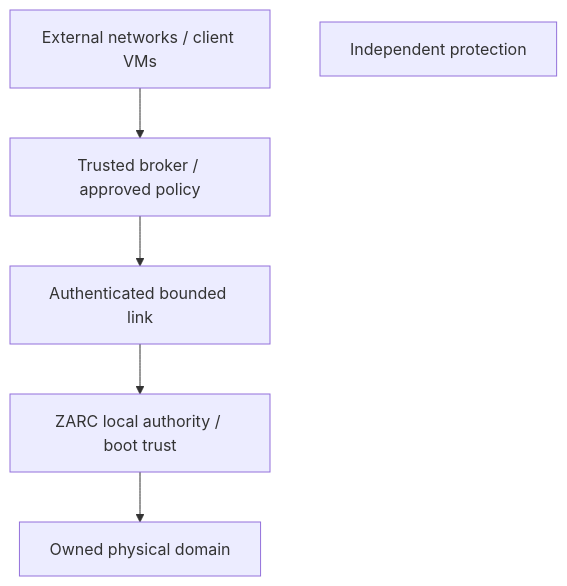
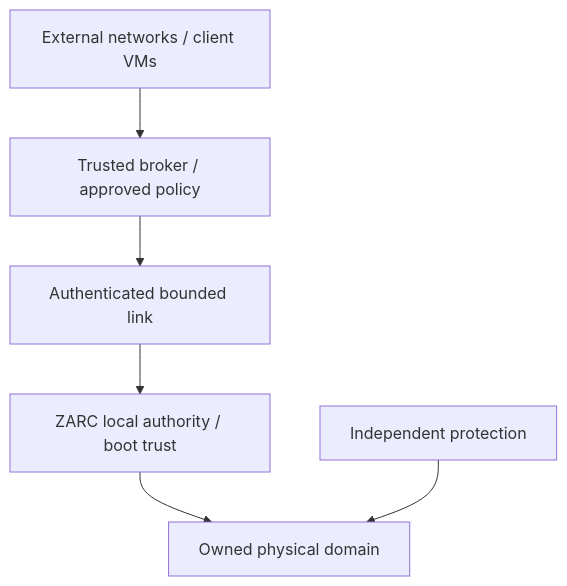
Before and after one commit to susmithmrm/ZARC: diagram 17 of 22 in docs/architecture/diagrams/README.md, drawn with Mermaid. The commit also changed other lines of this file and 32 other files, not shown here.

Commit message:
Reconcile architecture documentation with desktop implementation and validate links

````diff
--- a/docs/architecture/diagrams/README.md
+++ b/docs/architecture/diagrams/README.md
@@ -376,15 +377,16 @@
 ```mermaid
 flowchart TD
   %% Security trust boundaries
   N0_0["External networks / client VMs"]
   N1_0["Trusted broker / approved policy"]
   N2_0["Authenticated bounded link"]
   N3_0["ZARC local authority / boot trust"]
   N4_0["Owned physical domain"]
   N4_1["Independent protection"]
   N0_0 --> N1_0
   N1_0 --> N2_0
   N2_0 --> N3_0
   N3_0 --> N4_0
+  N4_1 --> N4_0
   %% Engineering and update trust chains are separately controlled; authentication is not a safety mechanism.
 ```
````
